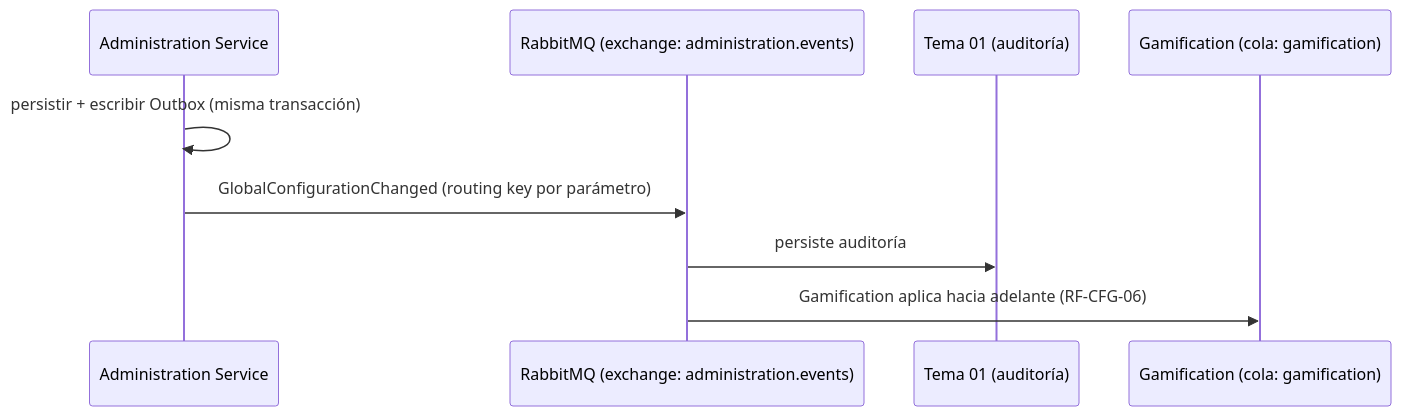
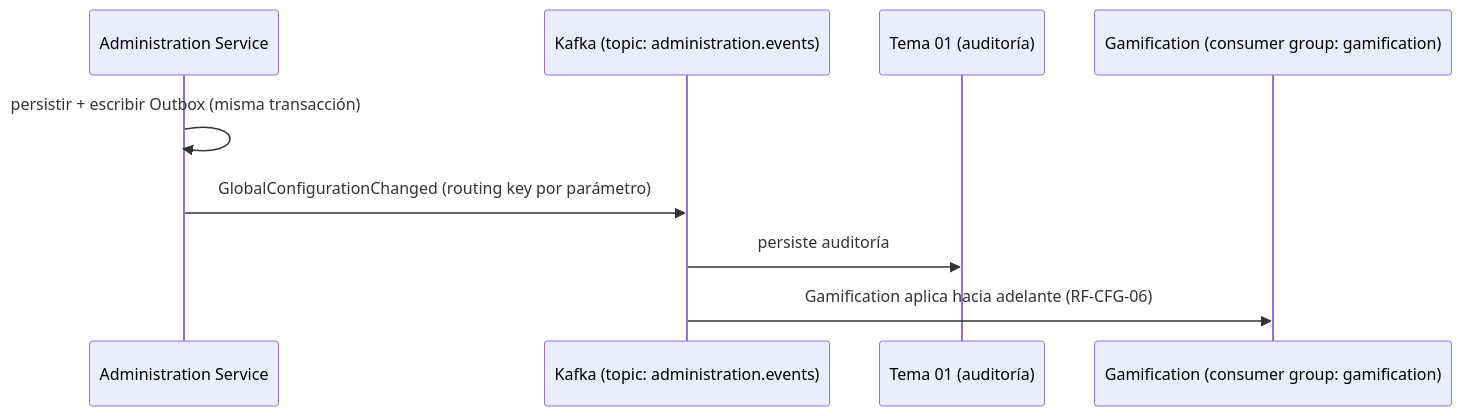
One commit to 2W2-114324-Carballo-Juarez-Mateo/backoffice-docs changed the third of 6 diagrams in docs/backend/arquitectura/comunicacion.md. Above: the diagram before and after it, drawn with Mermaid. The commit also changed other lines of this file and 20 other files, not shown here.

Commit message:
refactor: volver a Apache Kafka como broker (decisión de plataforma con Notificaciones/Banco); RabbitMQ como alternativa

````diff
--- a/docs/backend/arquitectura/comunicacion.md
+++ b/docs/backend/arquitectura/comunicacion.md
@@ -54,12 +54,12 @@
 ```mermaid
 sequenceDiagram
     participant AD as Administration Service
-    participant K as RabbitMQ (exchange: administration.events)
+    participant K as Kafka (topic: administration.events)
     participant T01 as Tema 01 (auditoría)
-    participant GS as Gamification (cola: gamification)
+    participant GS as Gamification (consumer group: gamification)
 
     AD->>AD: persistir + escribir Outbox (misma transacción)
     AD->>K: GlobalConfigurationChanged (routing key por parámetro)
     K->>T01: persiste auditoría
     K->>GS: Gamification aplica hacia adelante (RF-CFG-06)
 ```
````
